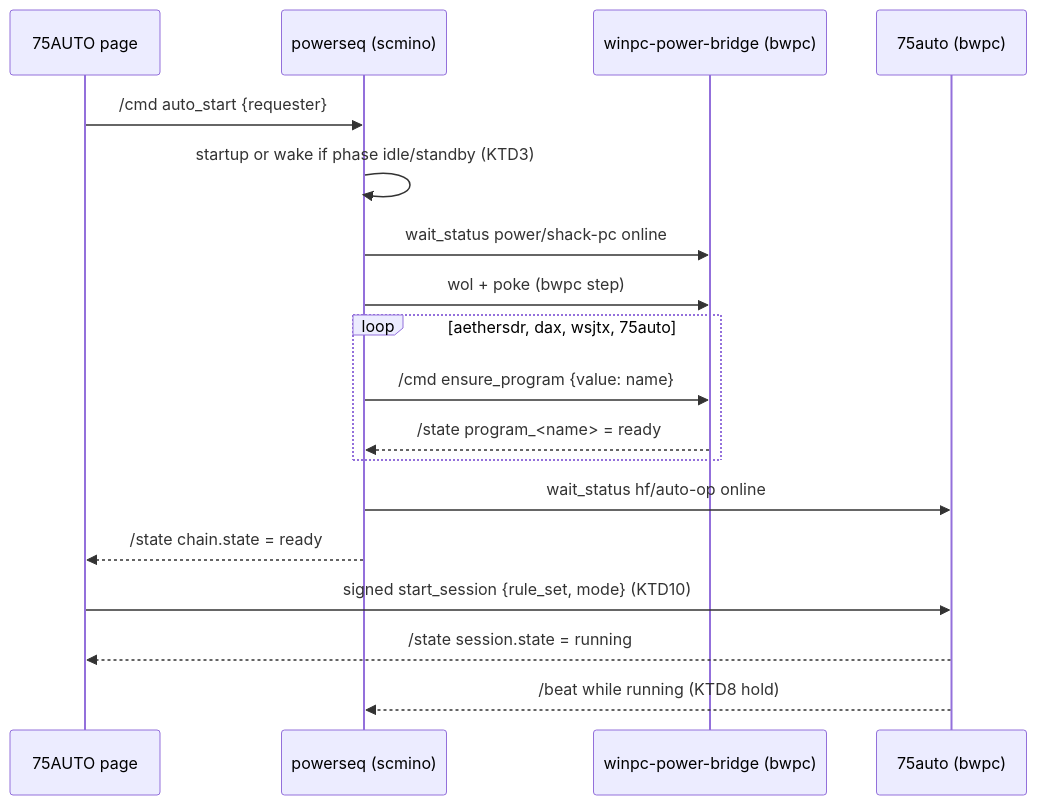
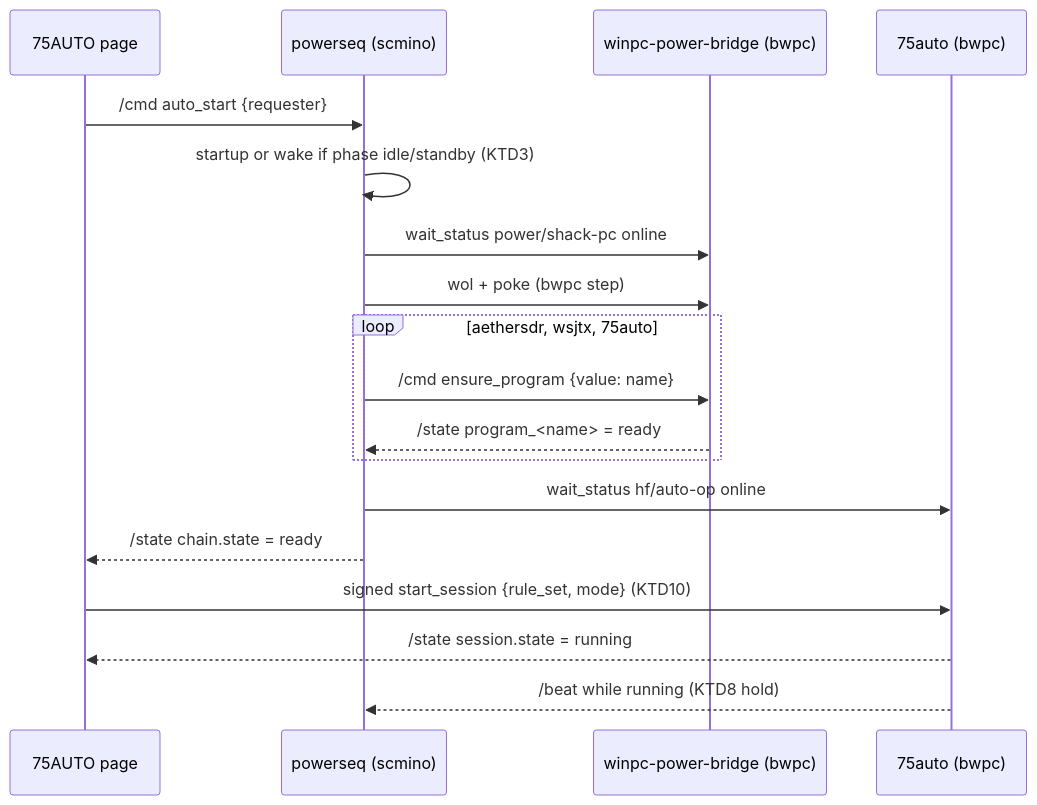
Before and after one commit to kgbvax/StationA: the second of 4 diagrams in docs/plans/2026-11-27-1306-feat-75auto-remote-start-plan.md, drawn with Mermaid. The commit also changed other lines of this file and 22 other files, not shown here.

First line of the commit message:
remove DAX from the 75auto start chain: WSJT-X uses AetherSDR TCI

````diff
--- a/docs/plans/2026-11-27-1306-feat-75auto-remote-start-plan.md
+++ b/docs/plans/2026-11-27-1306-feat-75auto-remote-start-plan.md
@@ -232,20 +231,20 @@
 ```mermaid
 sequenceDiagram
   participant P as 75AUTO page
   participant S as powerseq (scmino)
   participant W as winpc-power-bridge (bwpc)
   participant A as 75auto (bwpc)
   P->>S: /cmd auto_start {requester}
   S->>S: startup or wake if phase idle/standby (KTD3)
   S->>W: wait_status power/shack-pc online
   S->>W: wol + poke (bwpc step)
-  loop aethersdr, dax, wsjtx, 75auto
+  loop aethersdr, wsjtx, 75auto
     S->>W: /cmd ensure_program {value: name}
     W-->>S: /state program_<name> = ready
   end
   S->>A: wait_status hf/auto-op online
   S-->>P: /state chain.state = ready
   P->>A: signed start_session {rule_set, mode} (KTD10)
   A-->>P: /state session.state = running
   A-->>S: /beat while running (KTD8 hold)
 ```
````
